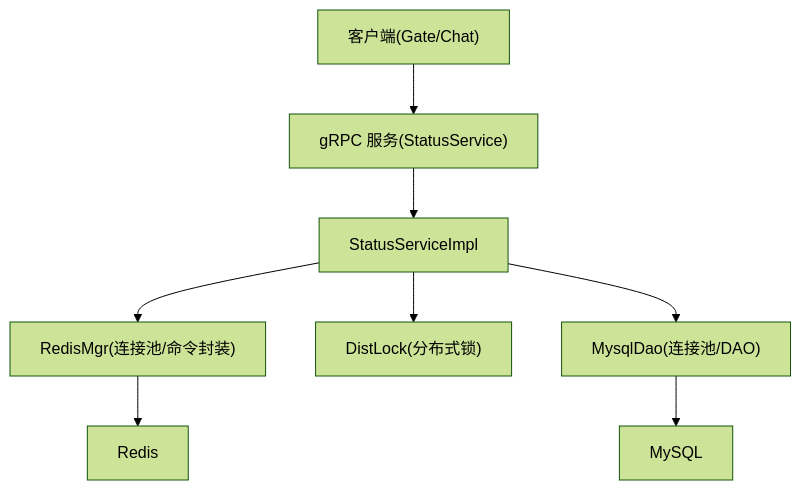
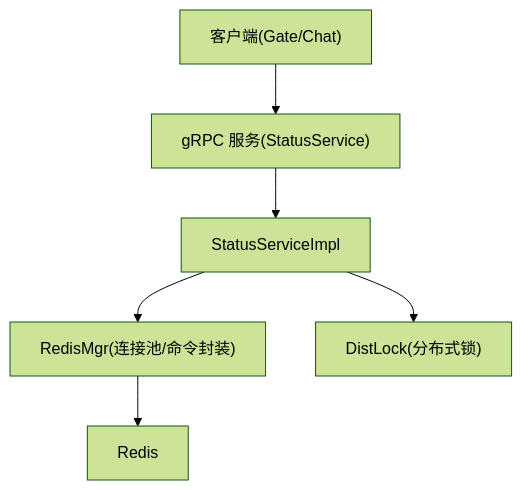
Before and after one commit to echo9923/mychatter: the first of 6 diagrams in .qoder/repowiki/zh/content/服务端开发/StatusServer状态管理服务.md, drawn with Mermaid (forest theme). The commit also changed other lines of this file and 107 other files, not shown here.

````diff
--- a/.qoder/repowiki/zh/content/服务端开发/StatusServer状态管理服务.md
+++ b/.qoder/repowiki/zh/content/服务端开发/StatusServer状态管理服务.md
@@ -43,10 +45,8 @@
 ```mermaid
 graph TB
 Client["客户端(Gate/Chat)"] --> GRPC["gRPC 服务(StatusService)"]
 GRPC --> Impl["StatusServiceImpl"]
 Impl --> RedisMgr["RedisMgr(连接池/命令封装)"]
 Impl --> DistLock["DistLock(分布式锁)"]
-Impl --> MysqlDao["MysqlDao(连接池/DAO)"]
 RedisMgr --> Redis["Redis"]
-MysqlDao --> MySQL["MySQL"]
 ```
````
